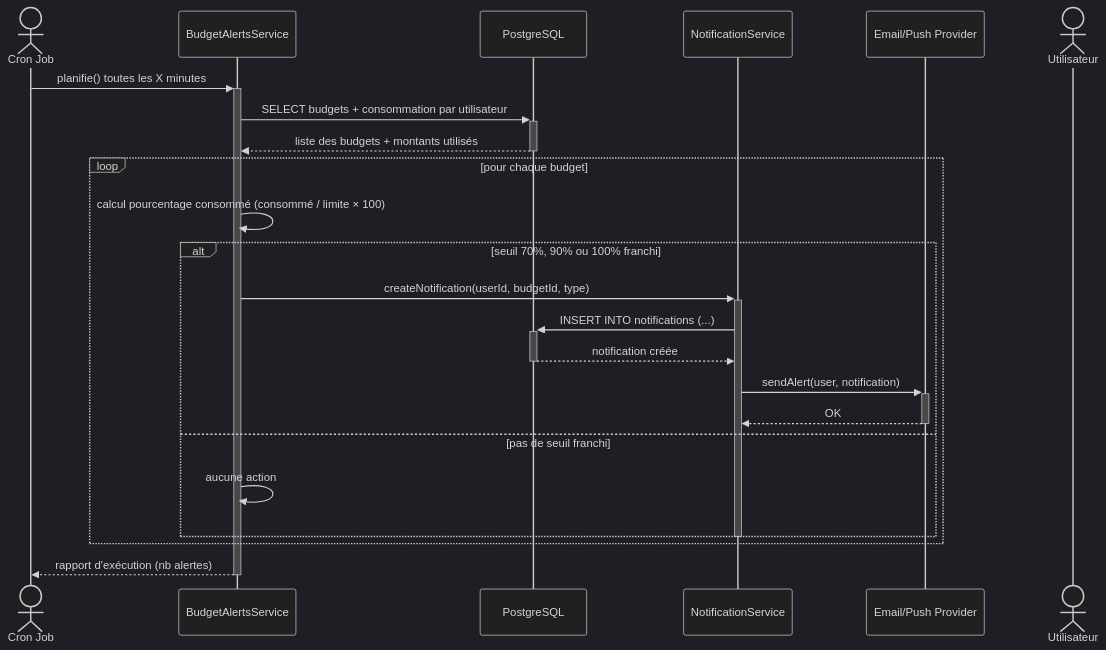
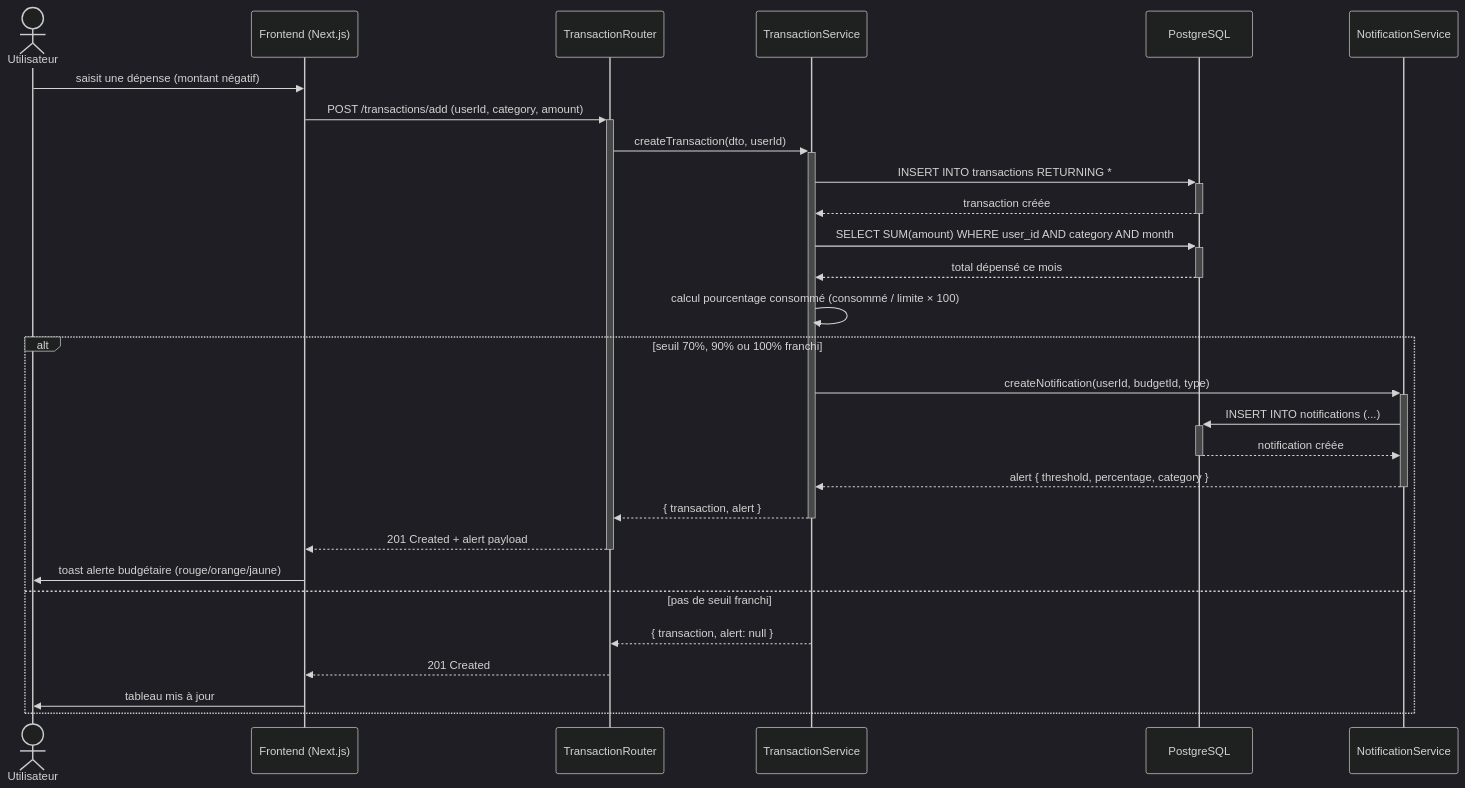
The diagram in APP/MY_budget/docs/seq-budget-alert.mmd (SaidIa0703/My-Smart-Budget), drawn with Mermaid (dark theme) before and after one commit. The commit also changed 2 other files, not shown here.

Commit message:
refactor(alerts): replace Cron Job with event-driven pattern in sequence diagram
- seq-budget-alert.mmd: Cron Job → POST /transactions/add trigger
- Actors: Utilisateur, Frontend, TransactionRouter, TransactionService, PostgreSQL, NotificationService
- Flow: transaction insert → calcul % → seuil franchi → toast frontend
- Remove: BudgetAlertsService, Email/Push Provider, planifie() loop
- Regenerate PNG for dossier PFE

```diff
--- a/APP/MY_budget/docs/seq-budget-alert.mmd
+++ b/APP/MY_budget/docs/seq-budget-alert.mmd
@@ -1,28 +1,32 @@
 sequenceDiagram
-    actor CJ as Cron Job
-    participant BAS as BudgetAlertsService
+    actor U as Utilisateur
+    participant FE as Frontend (Next.js)
+    participant TR as TransactionRouter
+    participant TS as TransactionService
     participant DB as PostgreSQL
     participant NS as NotificationService
-    participant EP as Email/Push Provider
-    actor U as Utilisateur
 
-    CJ->>+BAS: planifie() toutes les X minutes
-    BAS->>+DB: SELECT budgets + consommation par utilisateur
-    DB-->>-BAS: liste des budgets + montants utilisés
+    U->>FE: saisit une dépense (montant négatif)
+    FE->>+TR: POST /transactions/add (userId, category, amount)
+    TR->>+TS: createTransaction(dto, userId)
+    TS->>+DB: INSERT INTO transactions RETURNING *
+    DB-->>-TS: transaction créée
 
-    loop pour chaque budget
-        BAS->>BAS: calcul pourcentage consommé (consommé / limite × 100)
+    TS->>+DB: SELECT SUM(amount) WHERE user_id AND category AND month
+    DB-->>-TS: total dépensé ce mois
 
-        alt seuil 70%, 90% ou 100% franchi
-            BAS->>+NS: createNotification(userId, budgetId, type)
-            NS->>+DB: INSERT INTO notifications (...)
-            DB-->>-NS: notification créée
-            NS->>+EP: sendAlert(user, notification)
-            EP-->>-NS: OK
-        else pas de seuil franchi
-            BAS->>BAS: aucune action
-        end
-        deactivate NS
+    TS->>TS: calcul pourcentage consommé (consommé / limite × 100)
+
+    alt seuil 70%, 90% ou 100% franchi
+        TS->>+NS: createNotification(userId, budgetId, type)
+        NS->>+DB: INSERT INTO notifications (...)
+        DB-->>-NS: notification créée
+        NS-->>-TS: alert { threshold, percentage, category }
+        TS-->>-TR: { transaction, alert }
+        TR-->>-FE: 201 Created + alert payload
+        FE->>U: toast alerte budgétaire (rouge/orange/jaune)
+    else pas de seuil franchi
+        TS-->>TR: { transaction, alert: null }
+        TR-->>FE: 201 Created
+        FE->>U: tableau mis à jour
     end
-
-    BAS-->>-CJ: rapport d'exécution (nb alertes)
```
